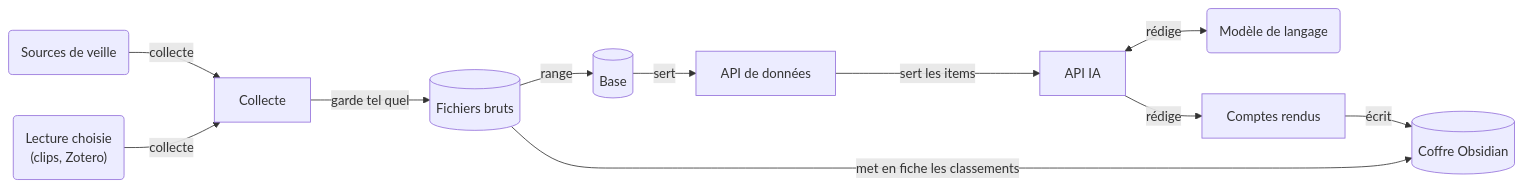
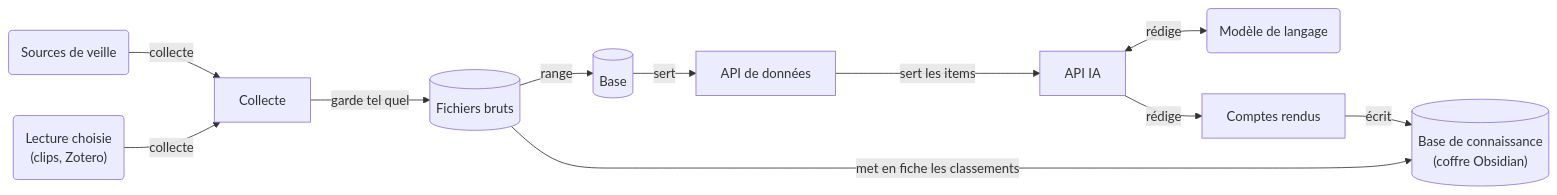
The first of 4 diagrams in documentation/architecture_pour_docu.md (SabineLaurent/K-B), drawn with Mermaid before and after one commit. The commit also changed other lines of this file, not shown here.

Commit message:
docs: name the vault the knowledge base (Obsidian vault) in the schemas (issue 511)

````diff
--- a/documentation/architecture_pour_docu.md
+++ b/documentation/architecture_pour_docu.md
@@ -17,23 +17,23 @@
 ```mermaid
 flowchart LR
     sources("Sources de veille")
     choice("Lecture choisie<br>(clips, Zotero)")
     collect["Collecte"]
     raw[("Fichiers bruts")]
     base[("Base")]
     dataApi["API de données"]
     aiApi["API IA"]
     model("Modèle de langage")
     reports["Comptes rendus"]
-    vault[("Coffre Obsidian")]
+    vault[("Base de connaissance<br>(coffre Obsidian)")]
     sources -->|"collecte"| collect
     choice -->|"collecte"| collect
     collect -->|"garde tel quel"| raw
     raw -->|"range"| base
     raw -->|"met en fiche les classements"| vault
     base -->|"sert"| dataApi
     dataApi -->|"sert les items"| aiApi
     aiApi <-->|"rédige"| model
     aiApi -->|"rédige"| reports
     reports -->|"écrit"| vault
 ```
````
